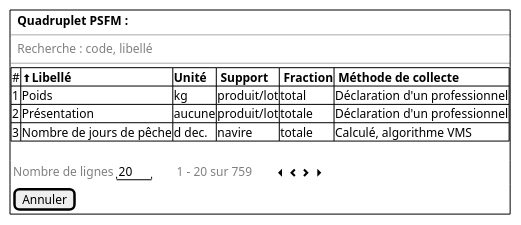
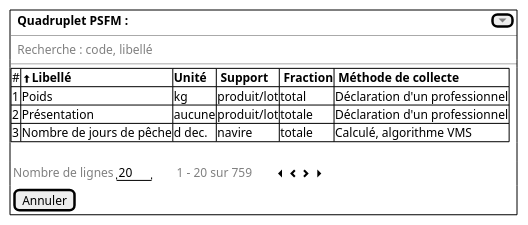
Before and after one commit to sumaris-net/sumaris-doc: the diagram in projects/common/spe/images/pmfm-add.puml, drawn with PlantUML. The commit also changed 8 other files, not shown here.

```diff
--- a/projects/common/spe/images/pmfm-add.puml
+++ b/projects/common/spe/images/pmfm-add.puml
@@ -1,21 +1,21 @@
 @startsalt
 {
   {+
-    { | . |  <b>Quadruplet PSFM :  | . | . | . | . }
+    { | . |  <b>Quadruplet PSFM :  | . | . | . | . | . | . | . | . | . |. |. |. |. |. |. |. |. |. |. |. |. |. |. |. |. |. |. |. |. |. |. |. |. |. |. |. |. |. |. |. |. |. |. |. |. |. |. |. |. |. |. |. |. |. |. |. |. |. |. |. |. |. |. |. |. |. |. |. |. | [<color:Grey><&caret-bottom>]}
     --
     { | . | <font color=grey>Recherche : code, libellé  | . }
     --
 	{#
       # | <&arrow-thick-top><b>Libellé     | <b>Unité   | <b> Support | <b> Fraction | <b> Méthode de collecte
       1 | Poids        | kg | produit/lot | total | Déclaration d'un professionnel
       2 | Présentation        | aucune | produit/lot | totale | Déclaration d'un professionnel
       3 | Nombre de jours de pêche        | d dec. | navire | totale | Calculé, algorithme VMS
     }
     .
     {
        { <font color=grey>Nombre de lignes</font> |  " 20 "  | . | . | . | . | <font color=grey>1 - 20 sur 759 | . | . | . | . | <&caret-left> <&chevron-left> <&chevron-right> <&caret-right> }
     }
     { [Annuler] }
     }
  }
 @endsalt
```
